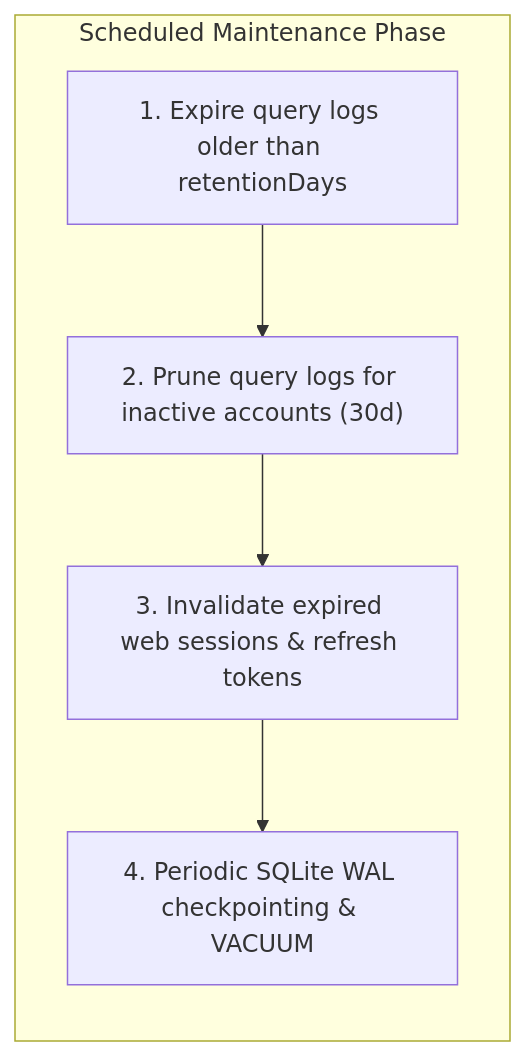
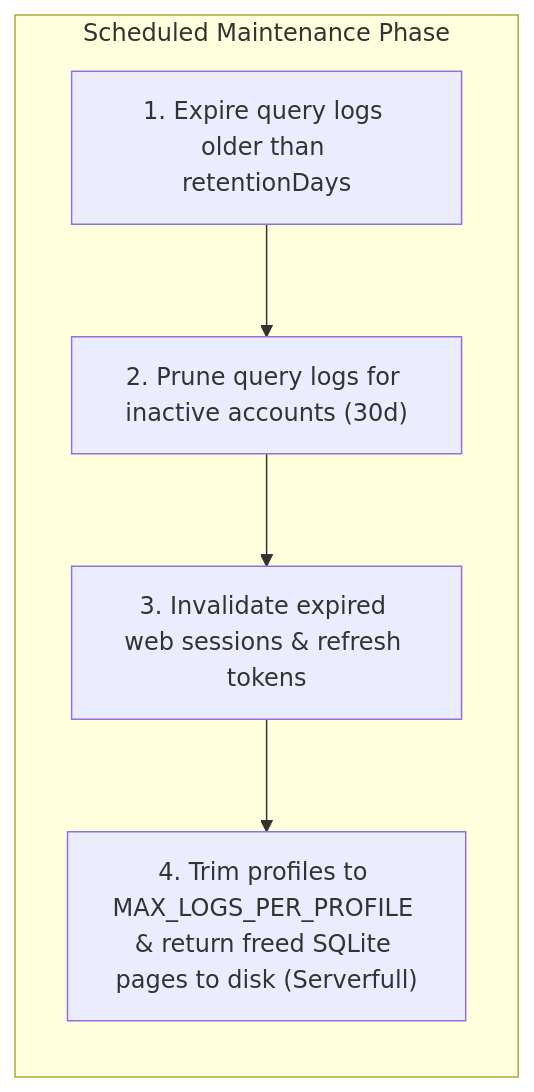
One commit to bibicadotnet/ObexDNS changed the diagram in docs/src/content/docs/maintenance/lifecycle.md. Above: the diagram before and after it, drawn with Mermaid. The commit also changed other lines of this file and 17 other files, not shown here.

````diff
--- a/docs/src/content/docs/maintenance/lifecycle.md
+++ b/docs/src/content/docs/maintenance/lifecycle.md
@@ -30,11 +30,11 @@
 ```mermaid
 flowchart TD
     subgraph Maintenance["Scheduled Maintenance Phase"]
         direction TB
         M1["1. Expire query logs older than retentionDays"]
         M2["2. Prune query logs for inactive accounts (30d)"]
         M3["3. Invalidate expired web sessions & refresh tokens"]
-        M4["4. Periodic SQLite WAL checkpointing & VACUUM"]
+        M4["4. Trim profiles to MAX_LOGS_PER_PROFILE & return freed SQLite pages to disk (Serverfull)"]
         M1 --> M2 --> M3 --> M4
     end
 ```
````
